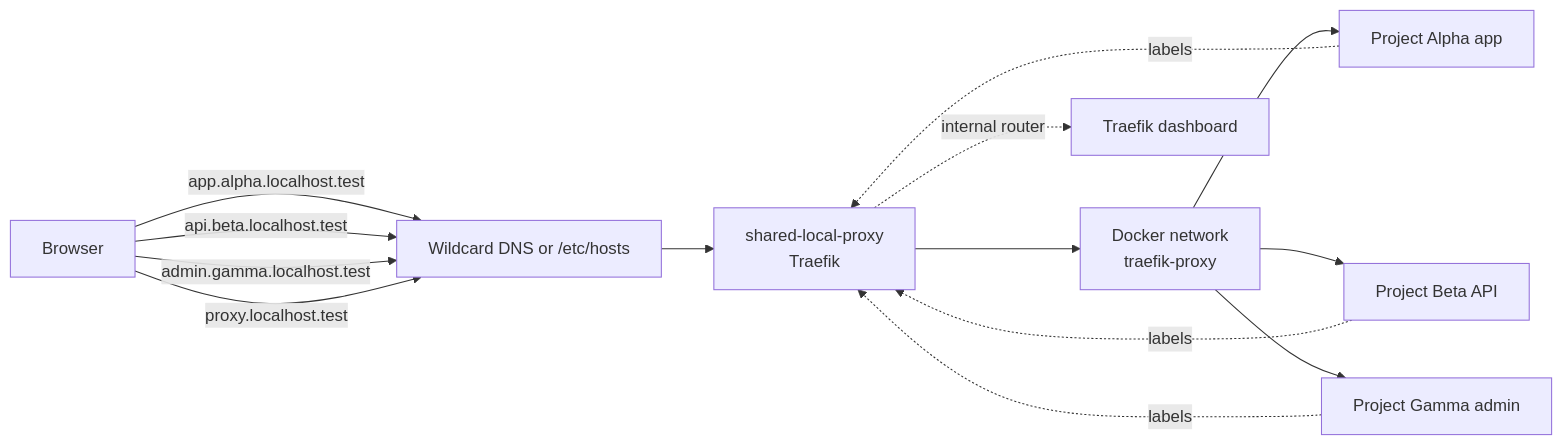
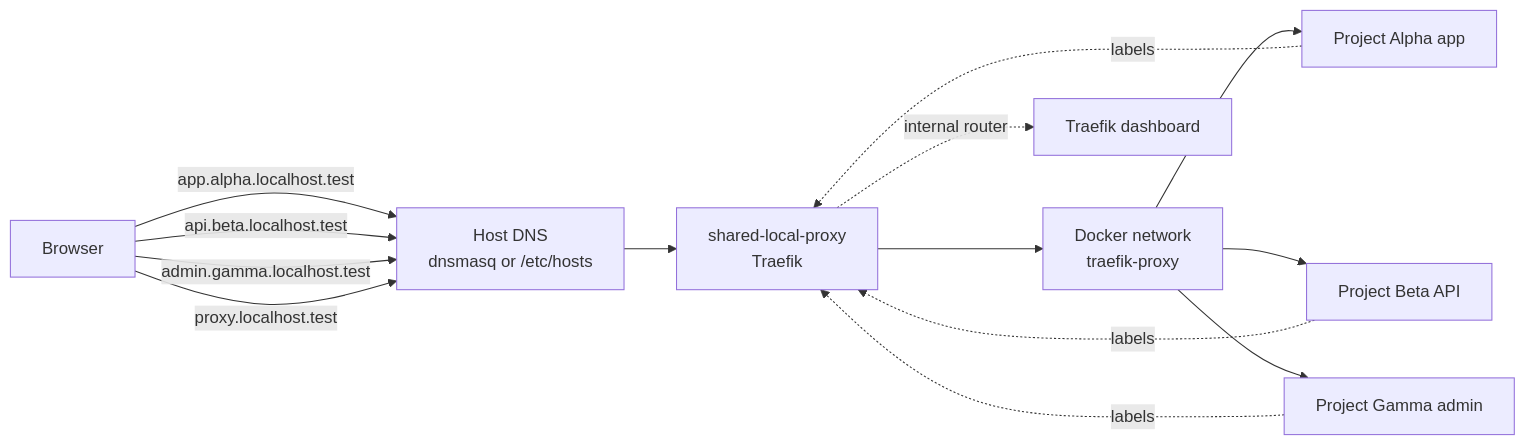
One commit to opkod-france/local-proxy changed the diagram in README.md. Above: the diagram before and after it, drawn with Mermaid. The commit also changed other lines of this file and 2 other files, not shown here.

Commit message:
feat: automate host dnsmasq setup

````diff
--- a/README.md
+++ b/README.md
@@ -40,23 +52,23 @@
 ```mermaid
 flowchart LR
     Browser[Browser]
-    DNS[Wildcard DNS or /etc/hosts]
+    DNS[Host DNS<br/>dnsmasq or /etc/hosts]
     Proxy[shared-local-proxy<br/>Traefik]
     Network[Docker network<br/>traefik-proxy]
 
     Browser -->|app.alpha.localhost.test| DNS
     Browser -->|api.beta.localhost.test| DNS
     Browser -->|admin.gamma.localhost.test| DNS
     Browser -->|proxy.localhost.test| DNS
     DNS --> Proxy
     Proxy --> Network
 
     Network --> Alpha[Project Alpha app]
     Network --> Beta[Project Beta API]
     Network --> Gamma[Project Gamma admin]
 
     Alpha -. labels .-> Proxy
     Beta -. labels .-> Proxy
     Gamma -. labels .-> Proxy
     Proxy -. internal router .-> Dashboard[Traefik dashboard]
 ```
````
